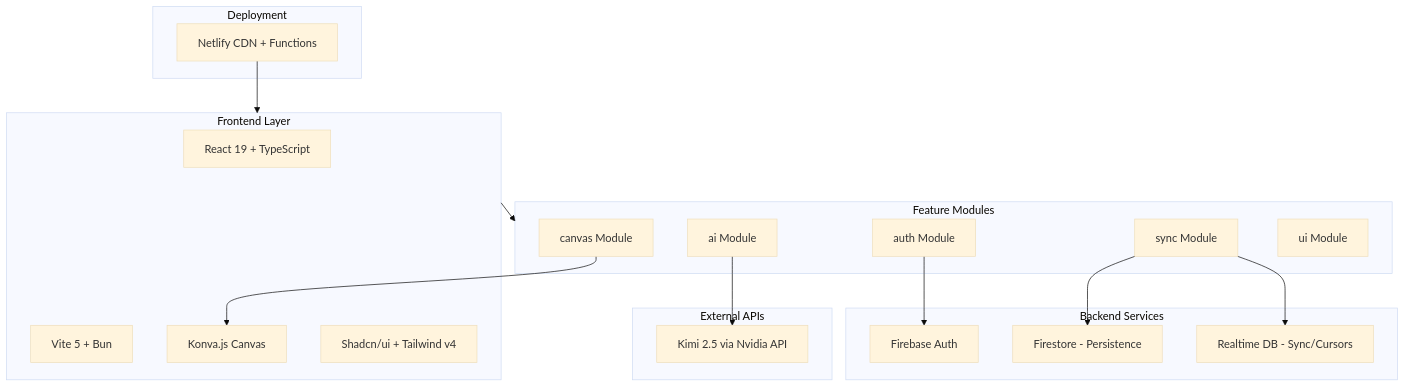
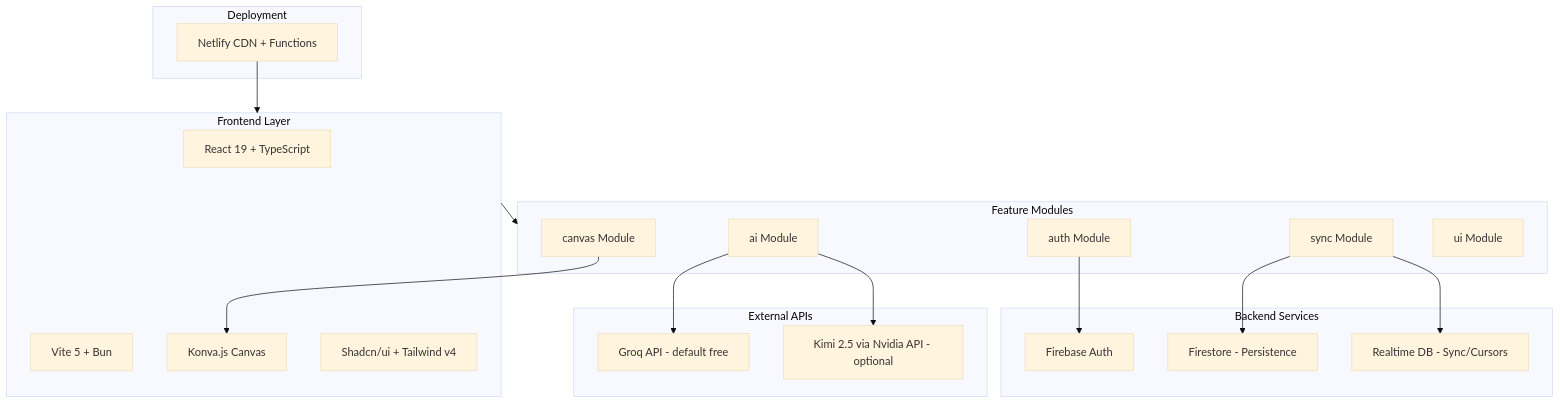
The first of 8 diagrams in docs/PRD.md (MichaelHabermas/CollabBoard), drawn with Mermaid (base theme) before and after one commit. The commit also changed other lines of this file and 11 other files, not shown here.

First line of the commit message:
feat(ai): integrate Groq and NVIDIA AI providers with proxy support

````diff
--- a/docs/PRD.md
+++ b/docs/PRD.md
@@ -57,39 +57,41 @@
 ```mermaid
 graph TB
     subgraph Deployment[Deployment]
         Netlify[Netlify CDN + Functions]
     end
 
     subgraph Frontend[Frontend Layer]
         React[React 19 + TypeScript]
         Vite[Vite 5 + Bun]
         Konva[Konva.js Canvas]
         Shadcn[Shadcn/ui + Tailwind v4]
     end
 
     subgraph Modules[Feature Modules]
         AuthMod[auth Module]
         SyncMod[sync Module]
         CanvasMod[canvas Module]
         AIMod[ai Module]
         UIMod[ui Module]
     end
 
     subgraph Backend[Backend Services]
         FireAuth[Firebase Auth]
         Firestore[Firestore - Persistence]
         RealtimeDB[Realtime DB - Sync/Cursors]
     end
 
     subgraph External[External APIs]
-        Kimi[Kimi 2.5 via Nvidia API]
+        Groq[Groq API - default free]
+        Nvidia[Kimi 2.5 via Nvidia API - optional]
     end
 
     Netlify --> Frontend
     Frontend --> Modules
     AuthMod --> FireAuth
     SyncMod --> Firestore
     SyncMod --> RealtimeDB
-    AIMod --> Kimi
+    AIMod --> Groq
+    AIMod --> Nvidia
     CanvasMod --> Konva
 ```
````
